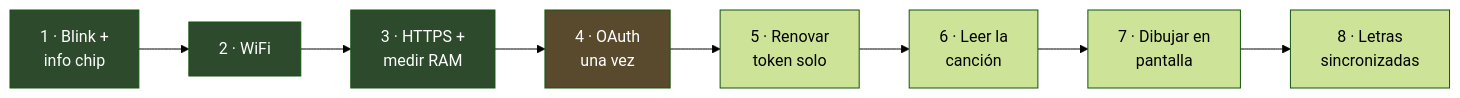
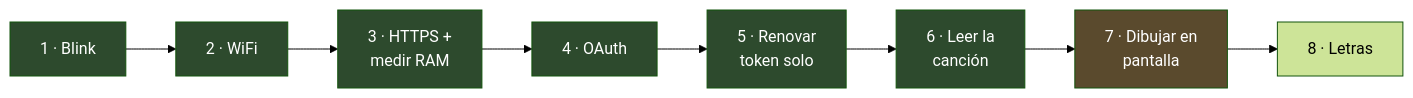
One commit to FReptar0/ESP32 changed the diagram in proyectos/tamagotchi/README.md. Above: the diagram before and after it, drawn with Mermaid (forest theme). The commit also changed other lines of this file and 1 other file, not shown here.

````diff
--- a/proyectos/tamagotchi/README.md
+++ b/proyectos/tamagotchi/README.md
@@ -18,15 +18,18 @@
 ```mermaid
 graph LR
-    A["1 · Blink +<br/>info chip"] --> B["2 · WiFi"]
+    A["1 · Blink"] --> B["2 · WiFi"]
     B --> C["3 · HTTPS +<br/>medir RAM"]
-    C --> D["4 · OAuth<br/>una vez"]
+    C --> D["4 · OAuth"]
     D --> E["5 · Renovar<br/>token solo"]
     E --> F["6 · Leer la<br/>canción"]
     F --> G["7 · Dibujar en<br/>pantalla"]
-    G --> H["8 · Letras<br/>sincronizadas"]
+    G --> H["8 · Letras"]
 
     style A fill:#2d4a2d,color:#fff
     style B fill:#2d4a2d,color:#fff
     style C fill:#2d4a2d,color:#fff
-    style D fill:#5a4a2d,color:#fff
+    style D fill:#2d4a2d,color:#fff
+    style E fill:#2d4a2d,color:#fff
+    style F fill:#2d4a2d,color:#fff
+    style G fill:#5a4a2d,color:#fff
 ```
````
